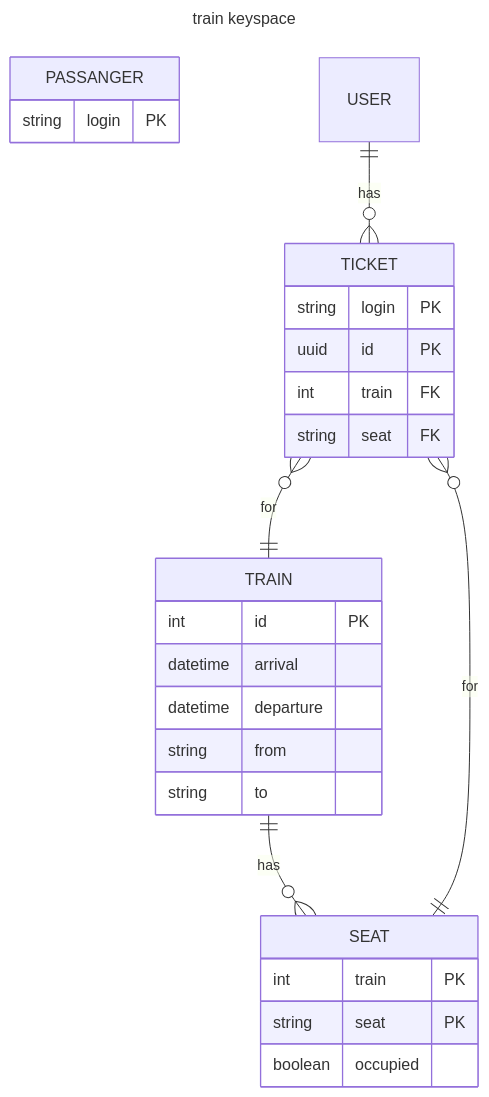
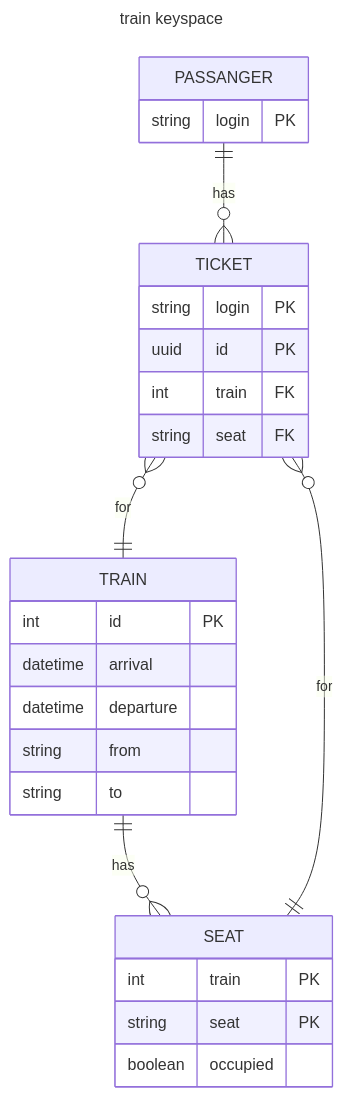
One commit to Wojciechm-AdapptLimited/train-scheduler changed the diagram in README.md. Above: the diagram before and after it, drawn with Mermaid.

Commit message:
refactor: update README

````diff
--- a/README.md
+++ b/README.md
@@ -13,35 +13,35 @@
 ```mermaid
 ---
 title: train keyspace
 ---
 erDiagram
     TRAIN {
         int id PK
         datetime arrival
         datetime departure
         string from
         string to
     }
 
     SEAT {
         int train PK
         string seat PK
         boolean occupied
     }
 
     PASSANGER {
         string login PK
     }
 
     TICKET {
         string login PK
         uuid id PK
         int train FK
         string seat FK
     }
 
     TRAIN ||--o{ SEAT : has
     TICKET }o--|| SEAT : for
     TICKET }o--|| TRAIN : for
-    USER ||--o{ TICKET : has
+    PASSANGER ||--o{ TICKET : has
 ```
````
